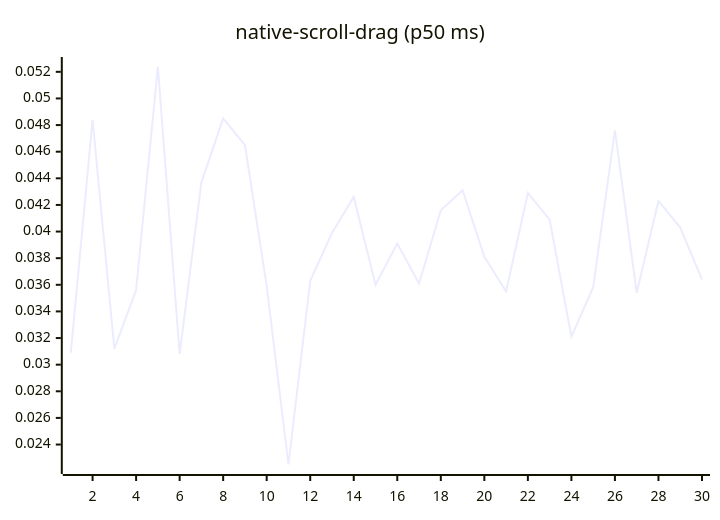
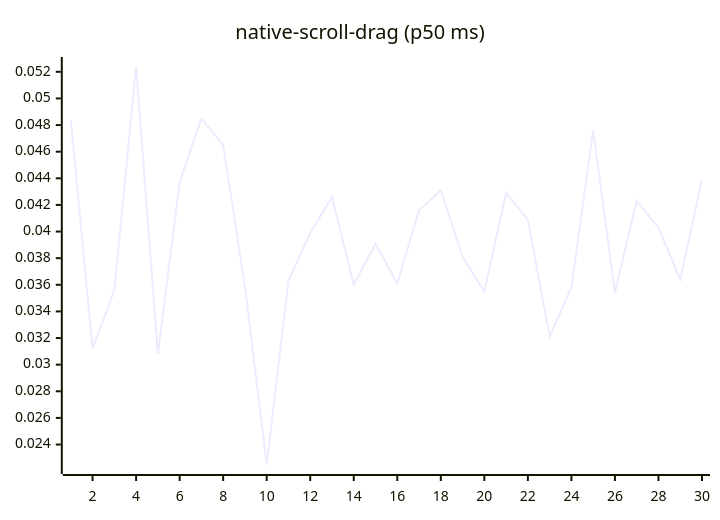
Before and after one commit to josha/Facet: diagram 14 of 27 in README.md, drawn with Mermaid. The commit also changed other lines of this file and 2 other files, not shown here.

````diff
--- a/README.md
+++ b/README.md
@@ -154,6 +154,6 @@
 ```mermaid
 xychart-beta
     title "native-scroll-drag (p50 ms)"
     x-axis 1 --> 30
-    line [0.0309, 0.0484, 0.0312, 0.0356, 0.0524, 0.0308, 0.0437, 0.0485, 0.0465, 0.0359, 0.0225, 0.0363, 0.0399, 0.0426, 0.0360, 0.0391, 0.0361, 0.0416, 0.0431, 0.0381, 0.0355, 0.0429, 0.0409, 0.0321, 0.0358, 0.0476, 0.0354, 0.0423, 0.0403, 0.0364]
+    line [0.0484, 0.0312, 0.0356, 0.0524, 0.0308, 0.0437, 0.0485, 0.0465, 0.0359, 0.0225, 0.0363, 0.0399, 0.0426, 0.0360, 0.0391, 0.0361, 0.0416, 0.0431, 0.0381, 0.0355, 0.0429, 0.0409, 0.0321, 0.0358, 0.0476, 0.0354, 0.0423, 0.0403, 0.0364, 0.0439]
 ```
````
